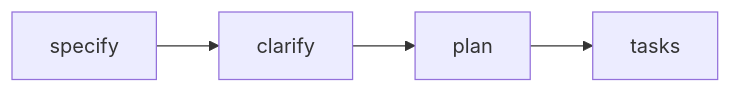
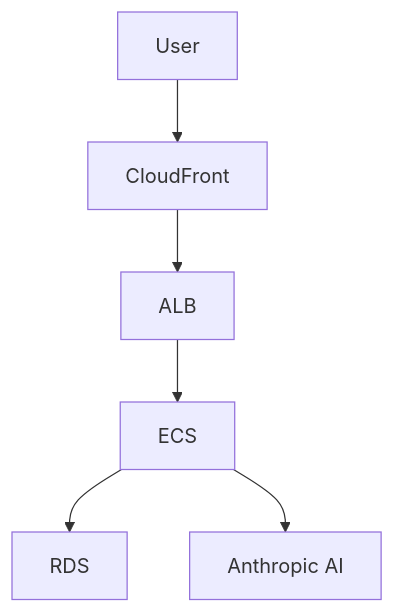
The diagram in .github/memory/patterns-discovered.md (JosemaPereira/TrAIveler), drawn with Mermaid before and after one commit. The commit also changed other lines of this file and 8 other files, not shown here.

First line of the commit message:
docs: close out Sprint 2 roadmap/memory and fix README drift (#83)

````diff
--- a/.github/memory/patterns-discovered.md
+++ b/.github/memory/patterns-discovered.md
@@ -637,4 +444,5 @@
 ```mermaid
-graph LR
-    A[specify] --> B[clarify] --> C[plan] --> D[tasks]
+graph TB
+    User --> CloudFront --> ALB --> ECS --> RDS
+    ECS --> AI[Anthropic AI]
 ```
````
